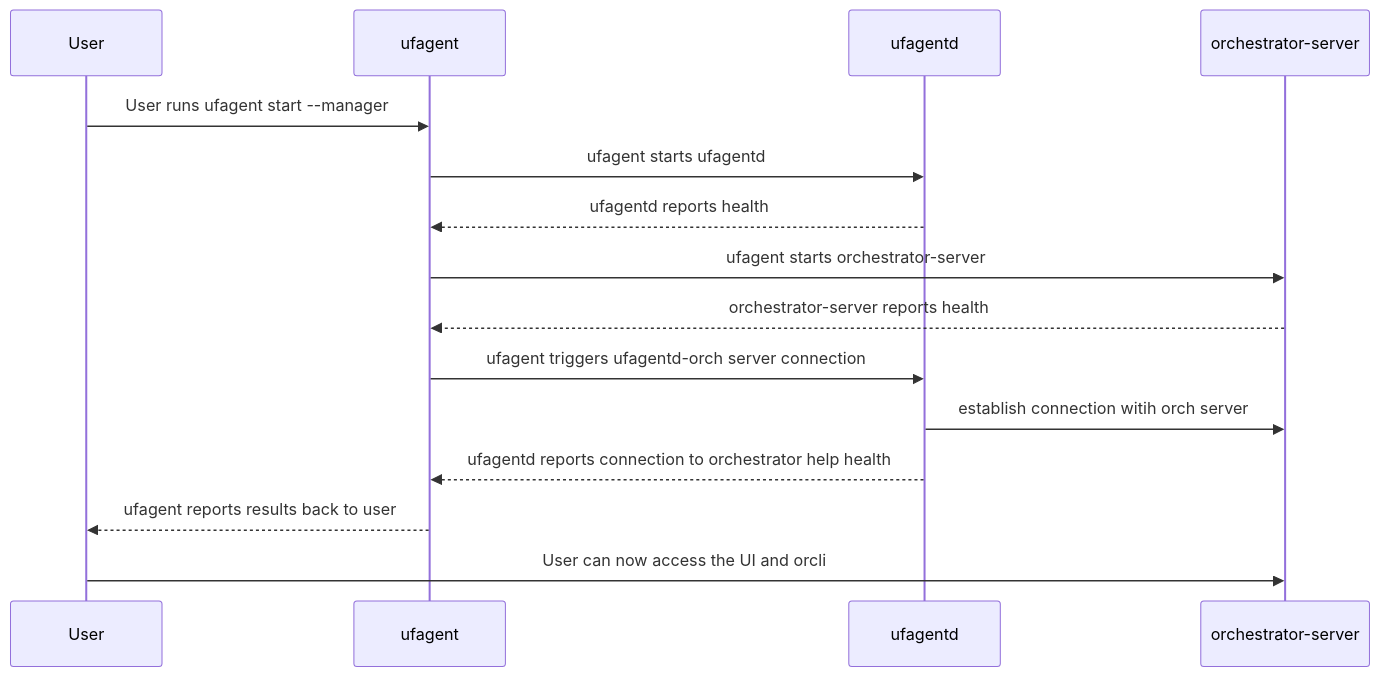
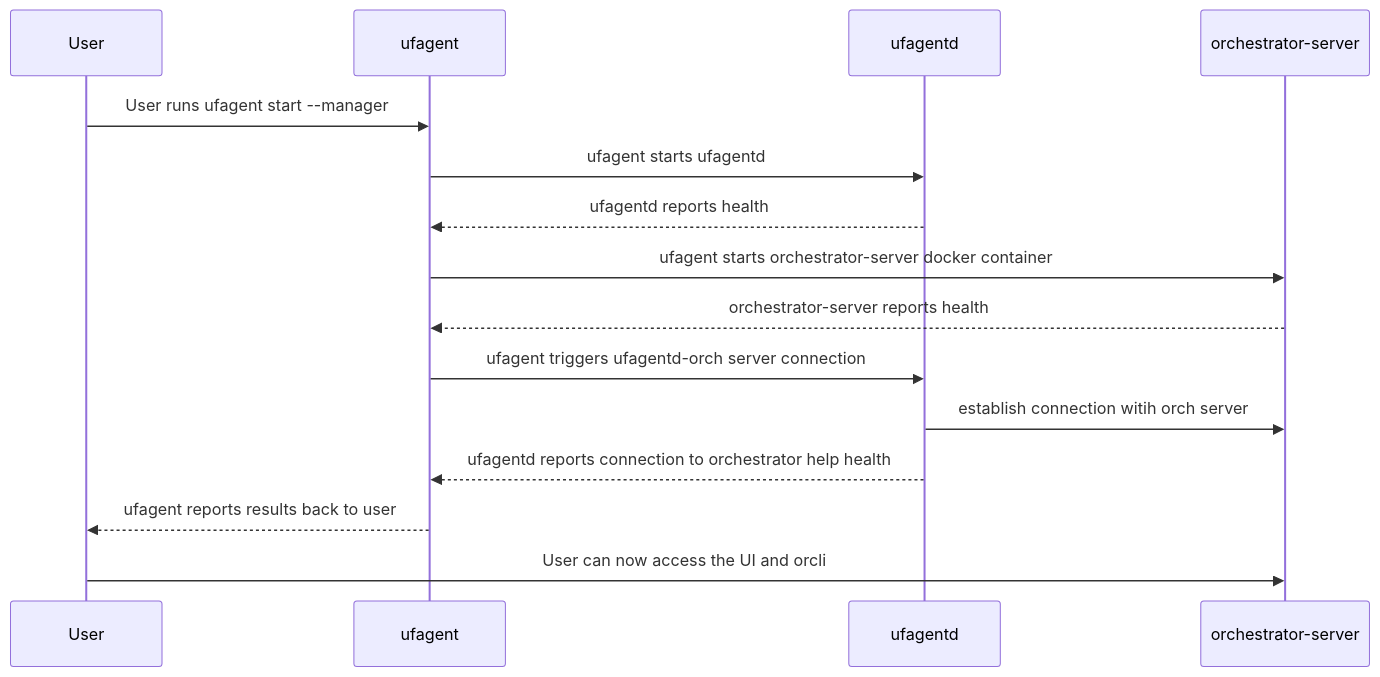
The second of 2 diagrams in RFDs/RFD-1.md (ambientlabscomputing/underleaf_v2), drawn with Mermaid before and after one commit. The commit also changed 32 other files, not shown here.

````diff
--- a/RFDs/RFD-1.md
+++ b/RFDs/RFD-1.md
@@ -35,13 +35,13 @@
 ```mermaid
 sequenceDiagram
     User->>ufagent: User runs ufagent start --manager
     ufagent->>ufagentd: ufagent starts ufagentd
     ufagentd-->>ufagent: ufagentd reports health
-    ufagent->>orchestrator-server: ufagent starts orchestrator-server
+    ufagent->>orchestrator-server: ufagent starts orchestrator-server docker container
     orchestrator-server-->>ufagent: orchestrator-server reports health
     ufagent->>ufagentd: ufagent triggers ufagentd-orch server connection
     ufagentd->>orchestrator-server: establish connection witih orch server
     ufagentd-->>ufagent: ufagentd reports connection to orchestrator help health
     ufagent-->>User: ufagent reports results back to user
     User->>orchestrator-server: User can now access the UI and orcli
 ```
````
